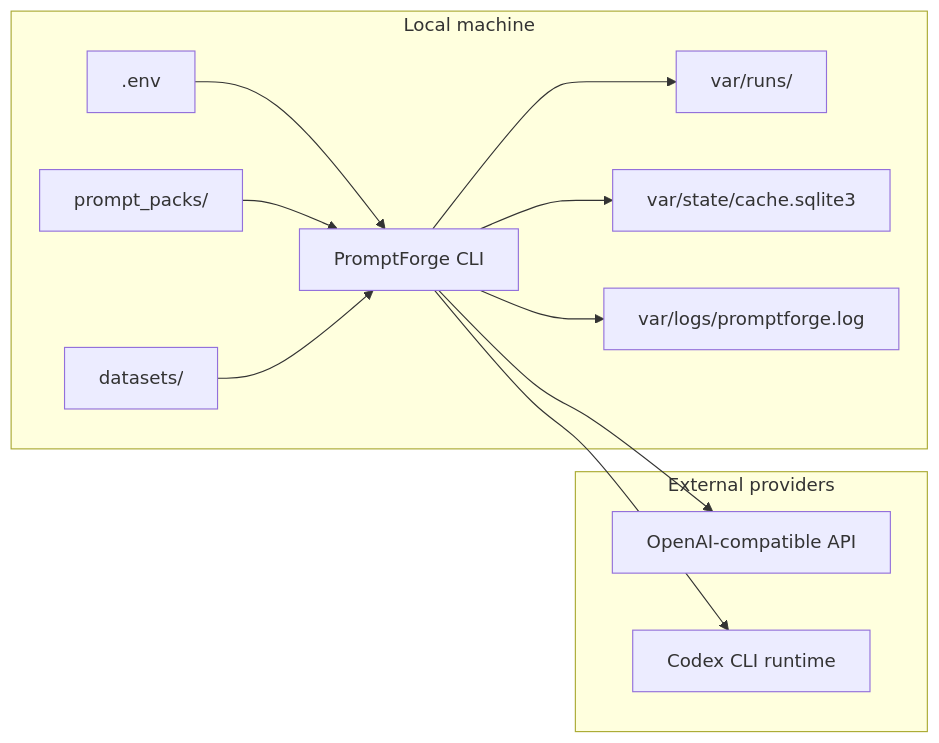
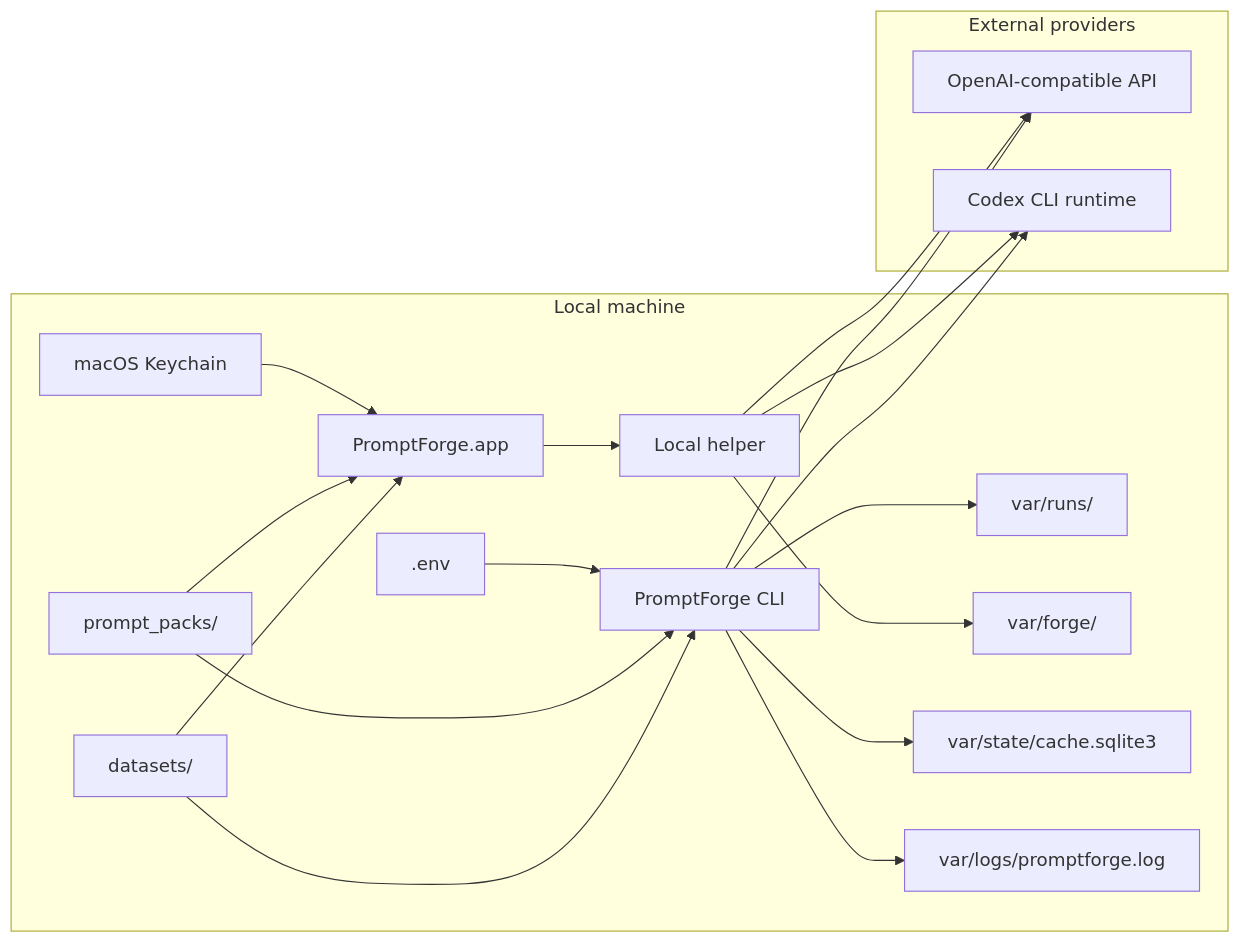
Before and after one commit to MikesHorcrux/PromptForge: the diagram in docs/security-and-safety.md, drawn with Mermaid. The commit also changed other lines of this file and 27 other files, not shown here.

Commit message:
Ship macOS prompt workspace and agent flow

````diff
--- a/docs/security-and-safety.md
+++ b/docs/security-and-safety.md
@@ -29,26 +44,37 @@
 ```mermaid
 flowchart LR
   subgraph Local["Local machine"]
     Env[".env"]
+    Keychain["macOS Keychain"]
     Packs["prompt_packs/"]
     Data["datasets/"]
+    App["PromptForge.app"]
+    Helper["Local helper"]
     CLI["PromptForge CLI"]
     Runs["var/runs/"]
+    Forge["var/forge/"]
     Cache["var/state/cache.sqlite3"]
     Logs["var/logs/promptforge.log"]
   end
 
   subgraph External["External providers"]
     OpenAI["OpenAI-compatible API"]
     Codex["Codex CLI runtime"]
   end
 
   Env --> CLI
+  Keychain --> App
   Packs --> CLI
+  Packs --> App
   Data --> CLI
+  Data --> App
+  App --> Helper
+  Helper --> OpenAI
+  Helper --> Codex
+  Helper --> Forge
   CLI --> OpenAI
   CLI --> Codex
   CLI --> Runs
   CLI --> Cache
   CLI --> Logs
 ```
````
